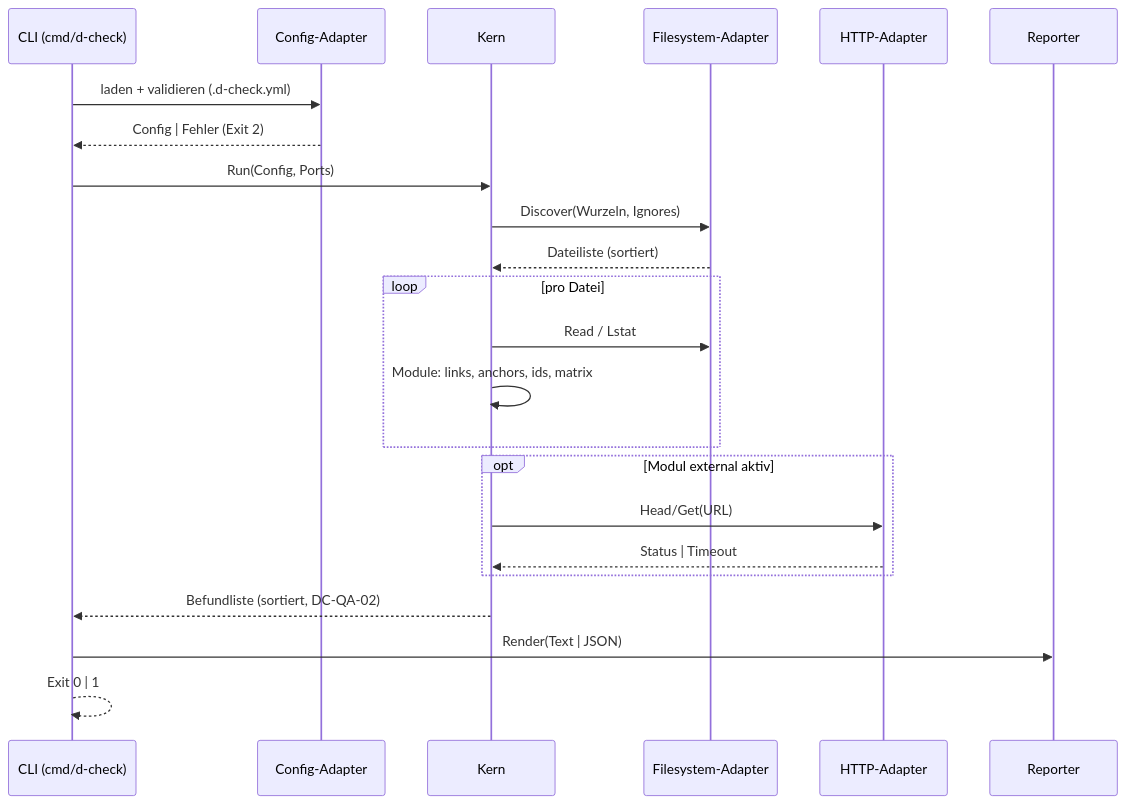
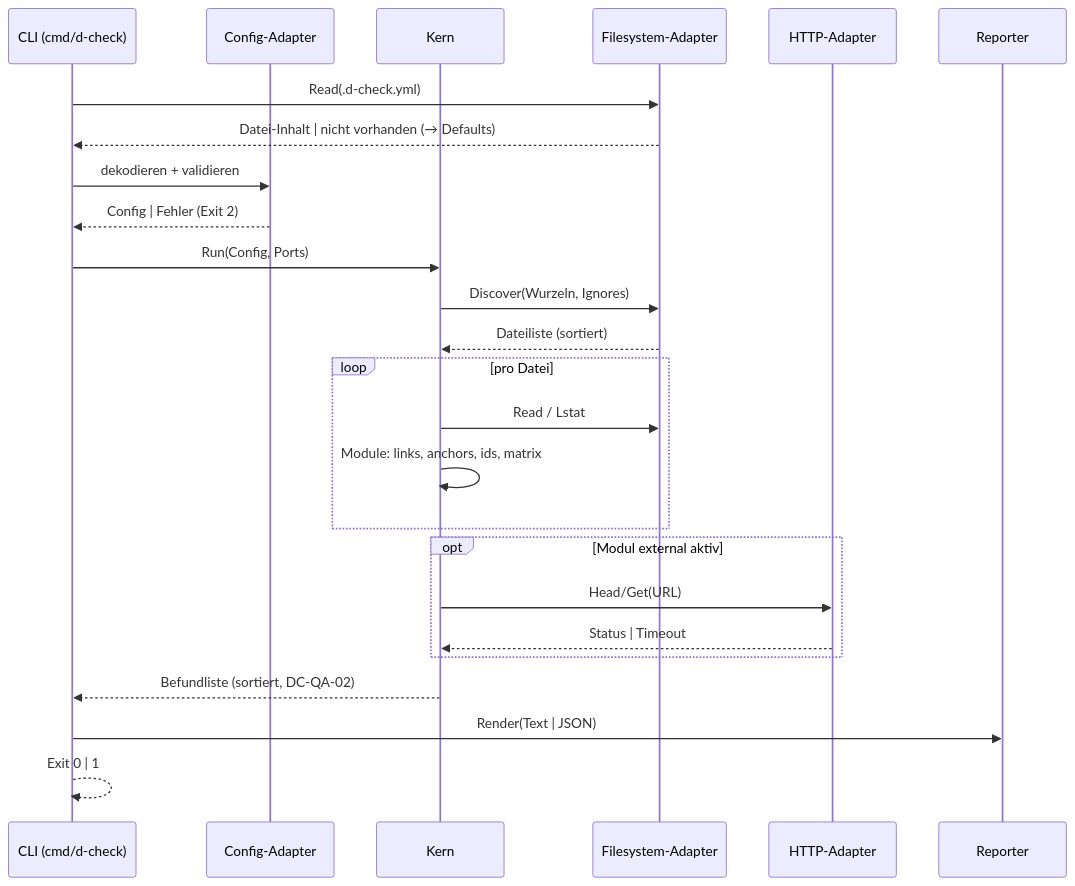
The second of 2 diagrams in spec/architecture.md (pt9912/d-check), drawn with Mermaid before and after one commit. The commit also changed other lines of this file and 2 other files, not shown here.

````diff
--- a/spec/architecture.md
+++ b/spec/architecture.md
@@ -69,26 +69,28 @@
 ```mermaid
 sequenceDiagram
     participant CLI as CLI (cmd/d-check)
     participant CFG as Config-Adapter
     participant CORE as Kern
     participant FS as Filesystem-Adapter
     participant HTTP as HTTP-Adapter
     participant REP as Reporter
 
-    CLI->>CFG: laden + validieren (.d-check.yml)
+    CLI->>FS: Read(.d-check.yml)
+    FS-->>CLI: Datei-Inhalt | nicht vorhanden (→ Defaults)
+    CLI->>CFG: dekodieren + validieren
     CFG-->>CLI: Config | Fehler (Exit 2)
     CLI->>CORE: Run(Config, Ports)
     CORE->>FS: Discover(Wurzeln, Ignores)
     FS-->>CORE: Dateiliste (sortiert)
     loop pro Datei
         CORE->>FS: Read / Lstat
         CORE->>CORE: Module: links, anchors, ids, matrix
     end
     opt Modul external aktiv
         CORE->>HTTP: Head/Get(URL)
         HTTP-->>CORE: Status | Timeout
     end
     CORE-->>CLI: Befundliste (sortiert, DC-QA-02)
     CLI->>REP: Render(Text | JSON)
     CLI-->>CLI: Exit 0 | 1
 ```
````
